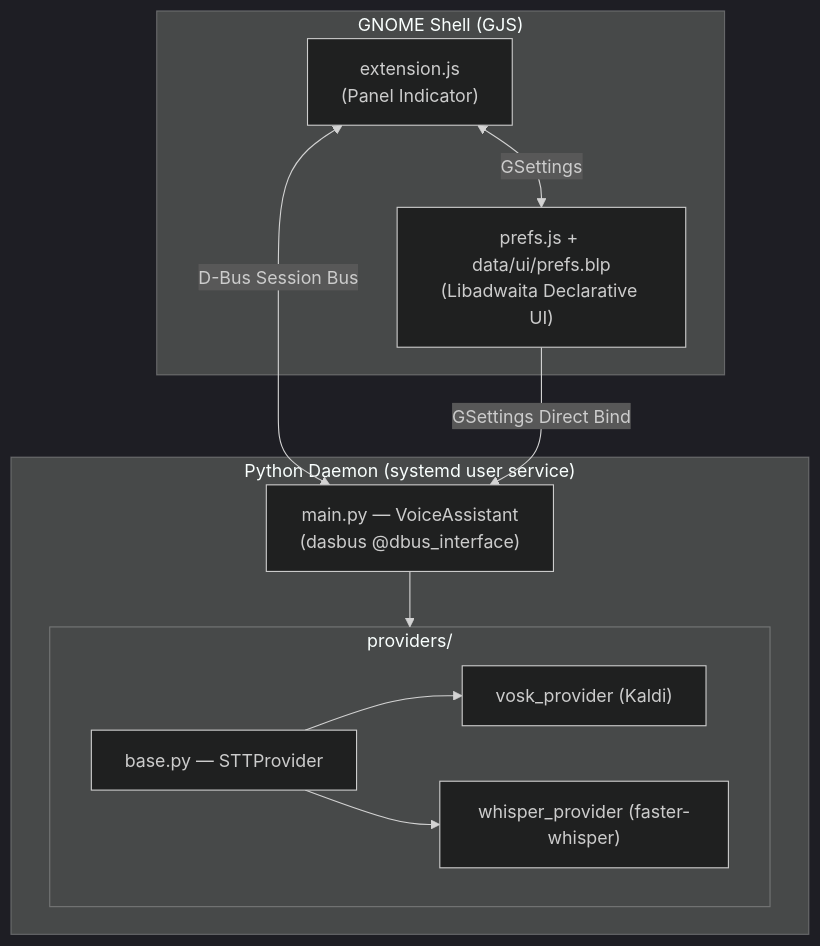
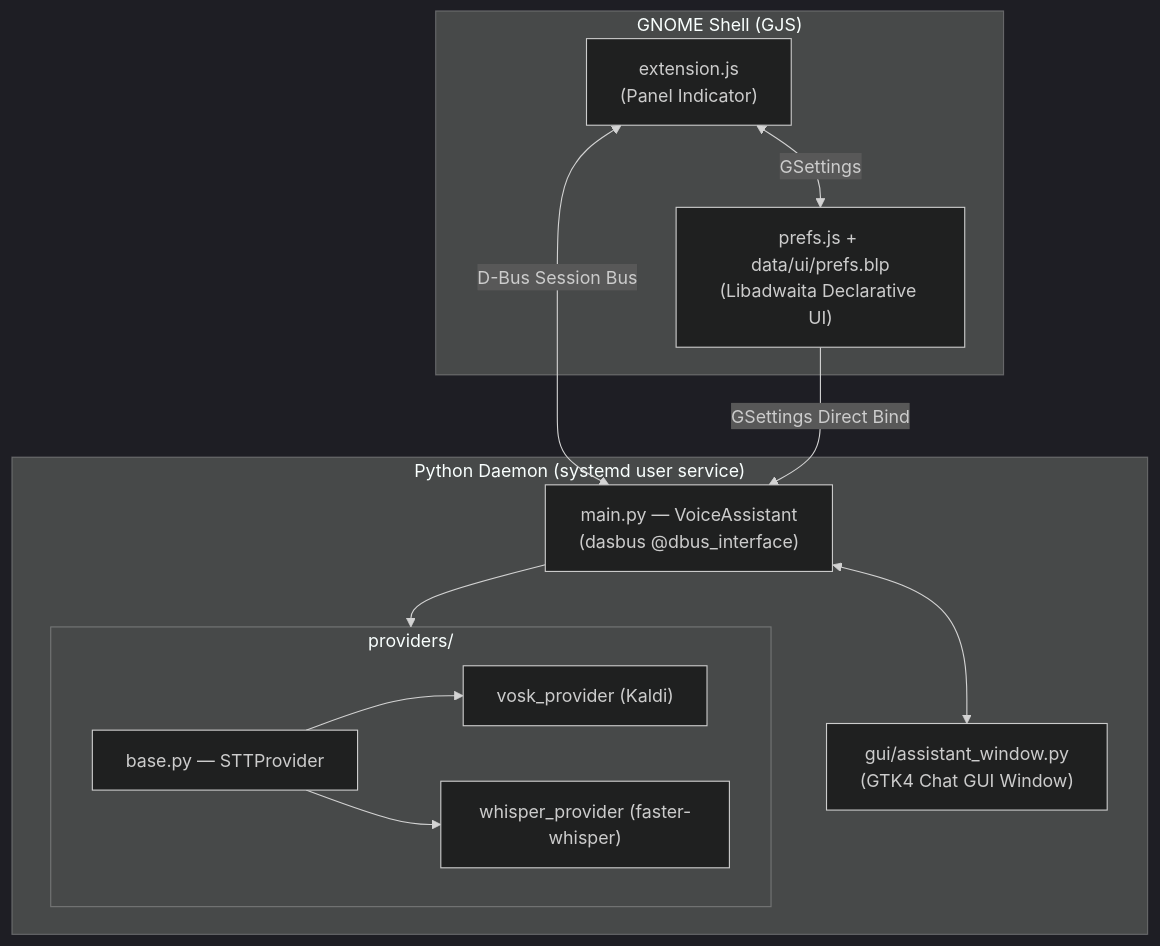
One commit to Scroker/voice-assistant changed the first of 3 diagrams in docs/architecture.md. Above: the diagram before and after it, drawn with Mermaid (dark theme). The commit also changed other lines of this file and 83 other files, not shown here.

Commit message:
feat: implement Model Context Protocol (MCP) framework with tool registry and assistant GUI window integration.

````diff
--- a/docs/architecture.md
+++ b/docs/architecture.md
@@ -9,23 +9,24 @@
 ```mermaid
 graph TD
     subgraph GNOME_Shell ["GNOME Shell (GJS)"]
         ext["extension.js<br/>(Panel Indicator)"]
         prefs["prefs.js + data/ui/prefs.blp<br/>(Libadwaita Declarative UI)"]
         ext <-->|GSettings| prefs
     end
 
     subgraph Python_Daemon ["Python Daemon (systemd user service)"]
         main["main.py — VoiceAssistant<br/>(dasbus @dbus_interface)"]
         subgraph Providers ["providers/"]
             base["base.py — STTProvider"]
             vosk["vosk_provider (Kaldi)"]
             whisper["whisper_provider (faster-whisper)"]
             base --> vosk
             base --> whisper
         end
         main --> Providers
+        main <--> gui["gui/assistant_window.py<br/>(GTK4 Chat GUI Window)"]
     end
 
     ext <-->|D-Bus Session Bus| main
     prefs -->|GSettings Direct Bind| main
 ```
````
